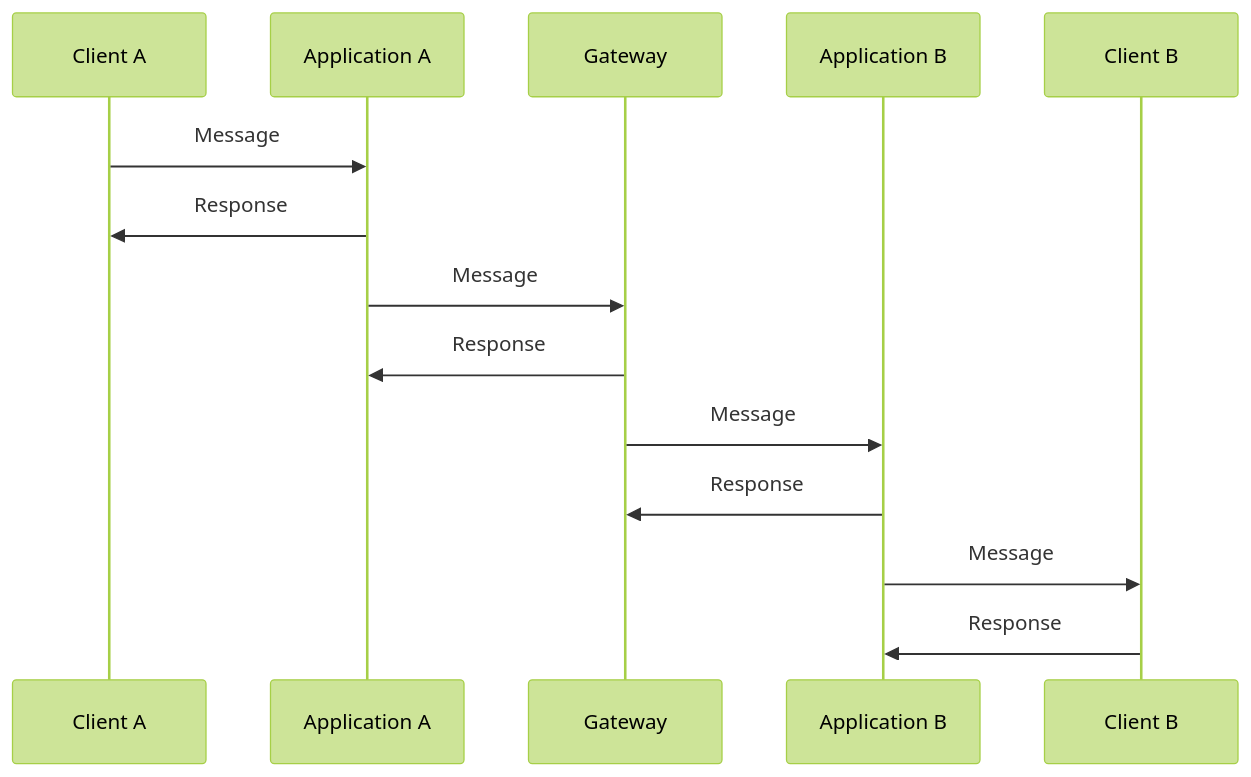
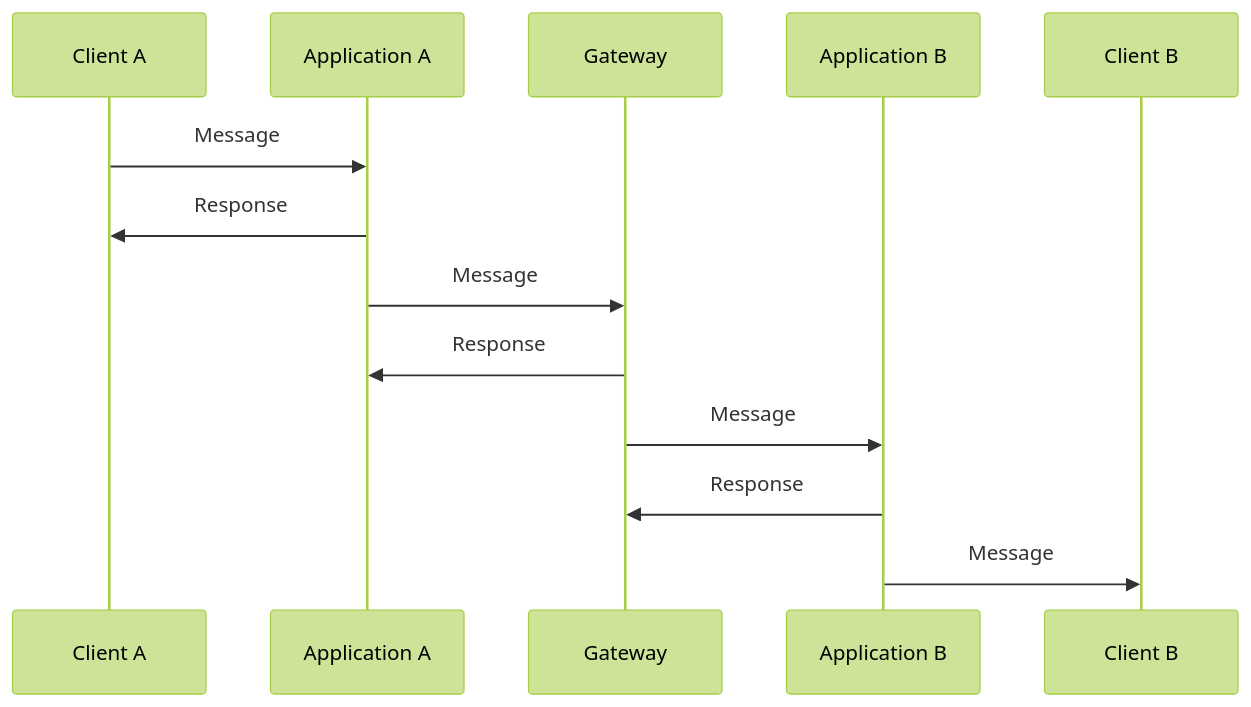
The ninth of 9 diagrams in documentation/Protocol.md (ErFer7/WebChat), drawn with Mermaid (forest theme) before and after one commit. The commit also changed other lines of this file and 23 other files, not shown here.

````diff
--- a/documentation/Protocol.md
+++ b/documentation/Protocol.md
@@ -441,11 +442,10 @@
 ```mermaid
 sequenceDiagram
     Client A ->> Application A: Message
     Application A ->> Client A: Response
     Application A ->> Gateway: Message
     Gateway ->> Application A: Response
     Gateway ->> Application B: Message
     Application B ->> Gateway: Response
     Application B ->> Client B: Message
-    Client B ->> Application B: Response
 ```
````
